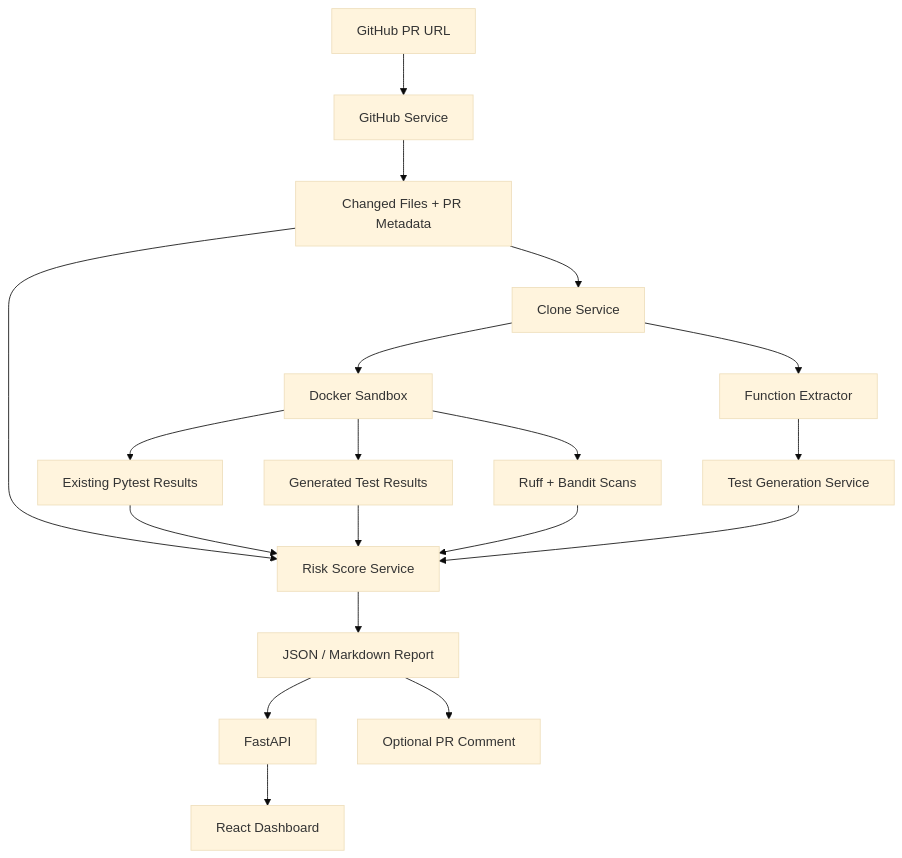
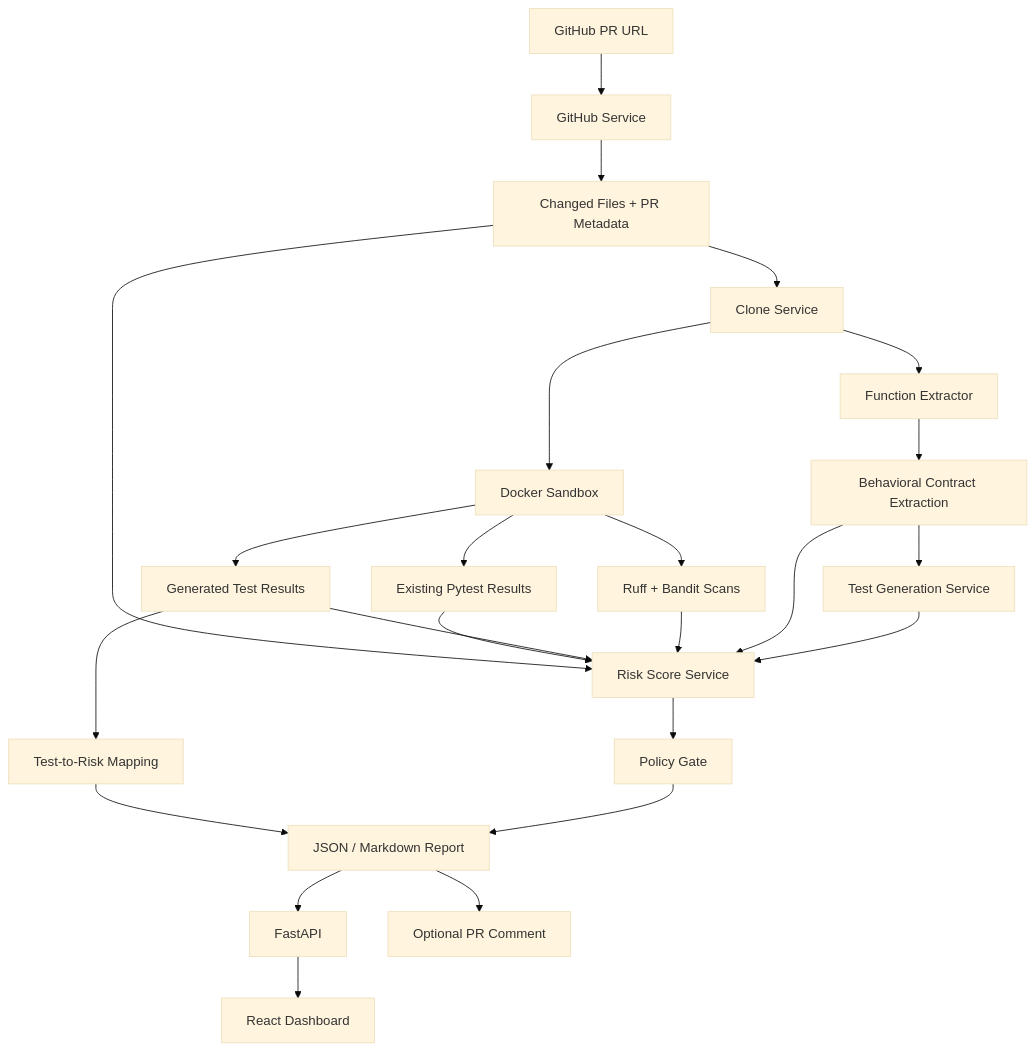
One commit to KaiwenMo1/patchguard changed the diagram in README.md. Above: the diagram before and after it, drawn with Mermaid (base theme). The commit also changed other lines of this file and 24 other files, not shown here.

````diff
--- a/README.md
+++ b/README.md
@@ -238,21 +453,26 @@
 ```mermaid
 flowchart TD
     A[GitHub PR URL] --> B[GitHub Service]
     B --> C[Changed Files + PR Metadata]
     C --> D[Clone Service]
     D --> E[Function Extractor]
-    E --> F[Test Generation Service]
+    E --> R[Behavioral Contract Extraction]
+    R --> F[Test Generation Service]
     D --> G[Docker Sandbox]
     G --> H[Existing Pytest Results]
     G --> I[Generated Test Results]
     G --> J[Ruff + Bandit Scans]
+    I --> P[Test-to-Risk Mapping]
     C --> K[Risk Score Service]
     H --> K
     I --> K
     J --> K
+    R --> K
     F --> K
-    K --> L[JSON / Markdown Report]
+    K --> Q[Policy Gate]
+    P --> L[JSON / Markdown Report]
+    Q --> L
     L --> M[FastAPI]
     M --> N[React Dashboard]
     L --> O[Optional PR Comment]
 ```
````
